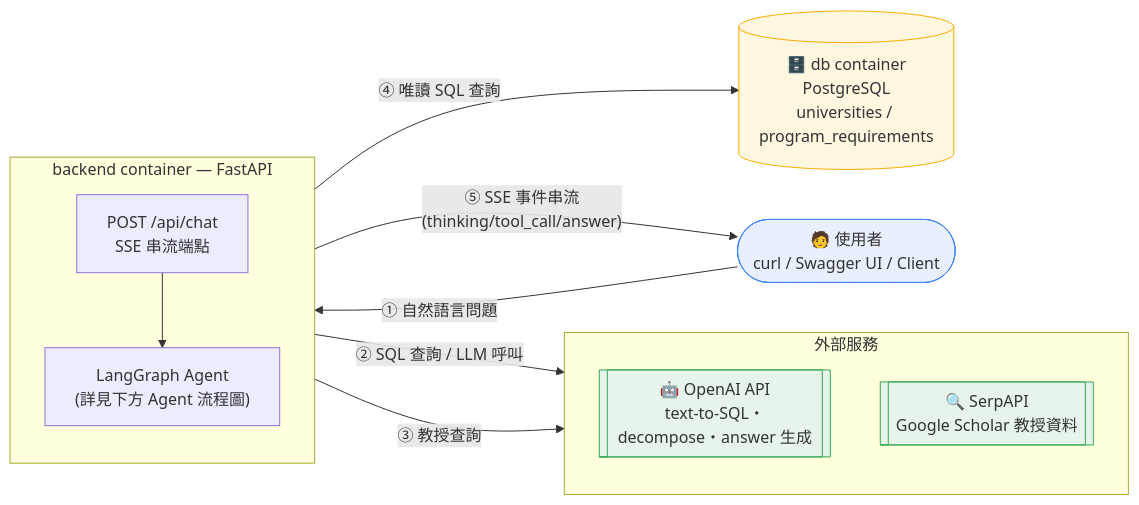
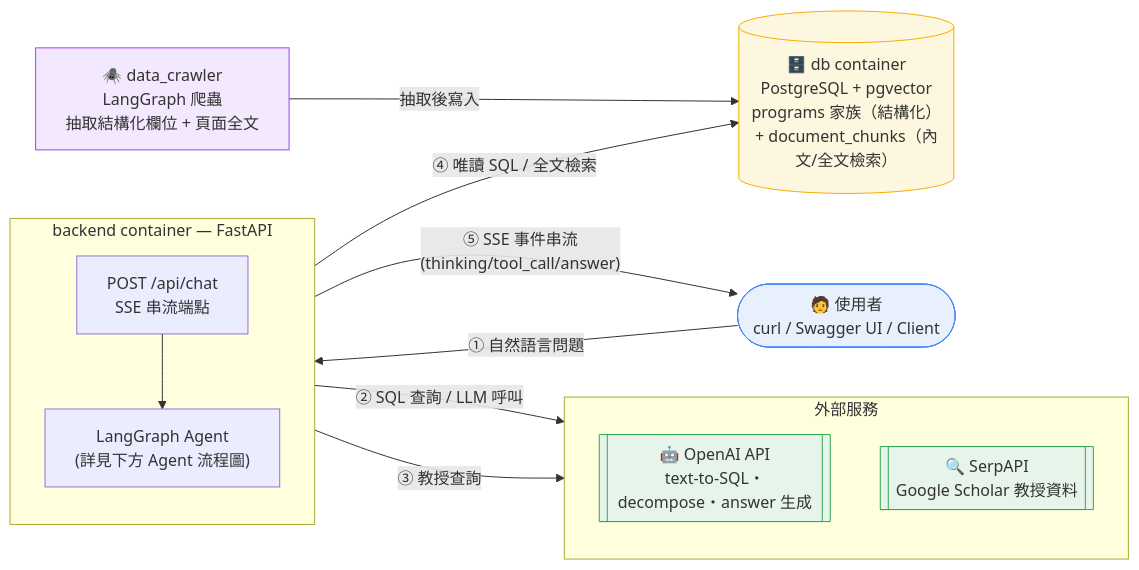
One commit to iamhenryhuang/AI-Study-Abroad-Consultant changed the first of 2 diagrams in README.md. Above: the diagram before and after it, drawn with Mermaid. The commit also changed other lines of this file and 5 other files, not shown here.

Commit message:
docs: update READMEs for new architecture, add crawler deps

````diff
--- a/README.md
+++ b/README.md
@@ -17,30 +18,34 @@
 ```mermaid
 flowchart LR
     Client(["🧑 使用者<br/>curl / Swagger UI / Client"])
 
     subgraph Backend["backend container — FastAPI"]
         direction TB
         API["POST /api/chat<br/>SSE 串流端點"]
         Agent["LangGraph Agent<br/>(詳見下方 Agent 流程圖)"]
         API --> Agent
     end
 
     subgraph External["外部服務"]
         direction TB
         OpenAI[["🤖 OpenAI API<br/>text-to-SQL・decompose・answer 生成"]]
         SerpAPI[["🔍 SerpAPI<br/>Google Scholar 教授資料"]]
     end
 
-    DB[("🗄️ db container<br/>PostgreSQL<br/>universities / program_requirements")]
+    DB[("🗄️ db container<br/>PostgreSQL + pgvector<br/>programs 家族（結構化）<br/>+ document_chunks（內文/全文檢索）")]
+    Crawler["🕷️ data_crawler<br/>LangGraph 爬蟲<br/>抽取結構化欄位 + 頁面全文"]
 
+    Crawler -- "抽取後寫入" --> DB
     Client -- "① 自然語言問題" --> API
     Agent -- "② SQL 查詢 / LLM 呼叫" --> OpenAI
     Agent -- "③ 教授查詢" --> SerpAPI
-    Agent -- "④ 唯讀 SQL 查詢" --> DB
+    Agent -- "④ 唯讀 SQL / 全文檢索" --> DB
     Agent -- "⑤ SSE 事件串流<br/>(thinking/tool_call/answer)" --> Client
+
+    style Crawler fill:#f3e8fd,stroke:#a142f4
 
     style Client fill:#e8f0fe,stroke:#4285f4
     style DB fill:#fef7e0,stroke:#f9ab00
     style OpenAI fill:#e6f4ea,stroke:#34a853
     style SerpAPI fill:#e6f4ea,stroke:#34a853
 ```
````
